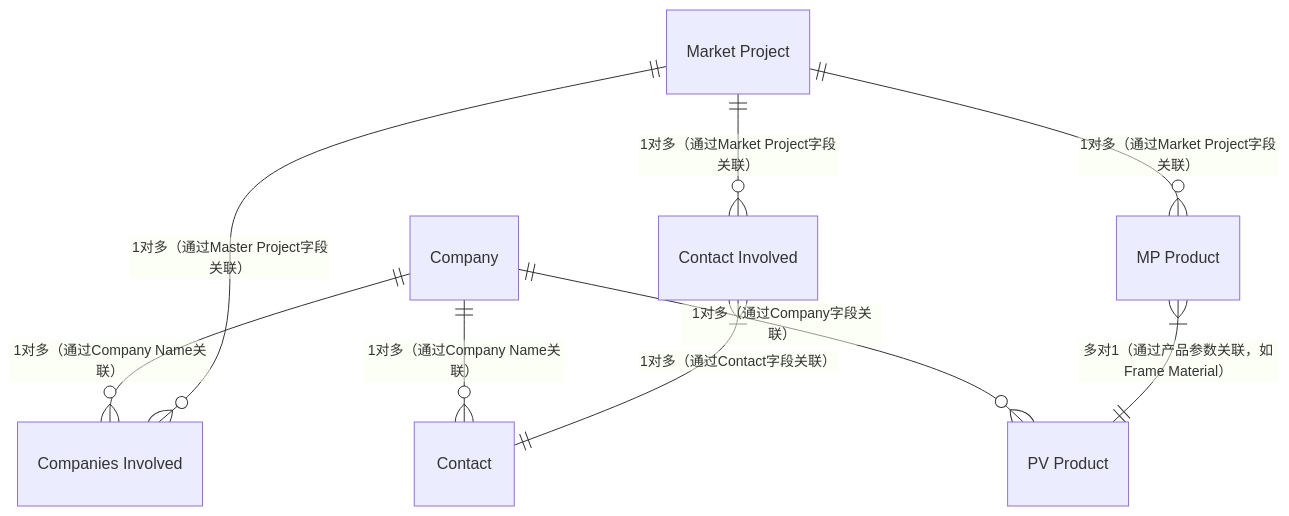
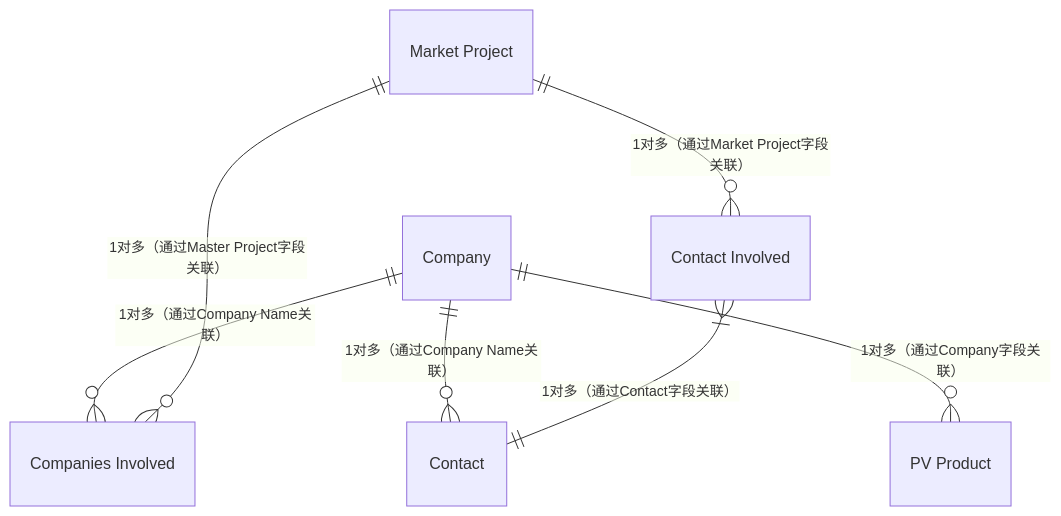
One commit to zhangziru-33/iodraw-files changed the diagram in all/Norden数据E-R图(7个对象，+contact).md. Above: the diagram before and after it, drawn with Mermaid.

Commit message:
2025-12-04 14:03:39 update

````diff
--- a/all/Norden数据E-R图(7个对象，+contact).md
+++ b/all/Norden数据E-R图(7个对象，+contact).md
@@ -1,12 +1,12 @@
 ```mermaid
 erDiagram
     Company ||--o{ "Companies Involved" : "1对多（通过Company Name关联）"
     Company ||--o{ "PV Product" : "1对多（通过Company字段关联）"
     Company ||--o{ "Contact" : "1对多（通过Company Name关联）"
     "Market Project" ||--o{ "Companies Involved" : "1对多（通过Master Project字段关联）"
     "Market Project" ||--o{ "Contact Involved" : "1对多（通过Market Project字段关联）"
-    "Market Project" ||--o{ "MP Product" : "1对多（通过Market Project字段关联）"
-    "MP Product" }|--|| "PV Product" : "多对1（通过产品参数关联，如Frame Material）"
+    %% "Market Project" ||--o{ "MP Product" : "1对多（通过Market Project字段关联）"
+    %% "MP Product" }|--|| "PV Product" : "多对1（通过产品参数关联，如Frame Material）"
     "Contact Involved" }|--|| "Contact" : "1对多（通过Contact字段关联）"
     %% Contact ||--o{ "Conatct Involved" : "1对多（通过Conatct字段关联）"
 ```
````
